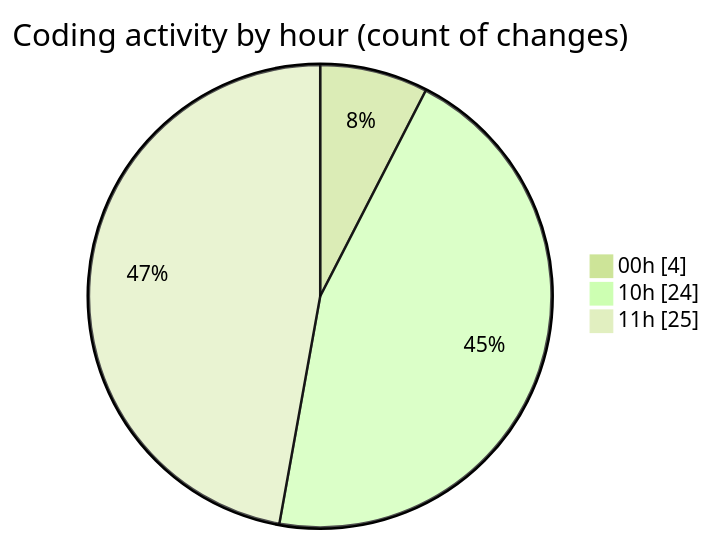
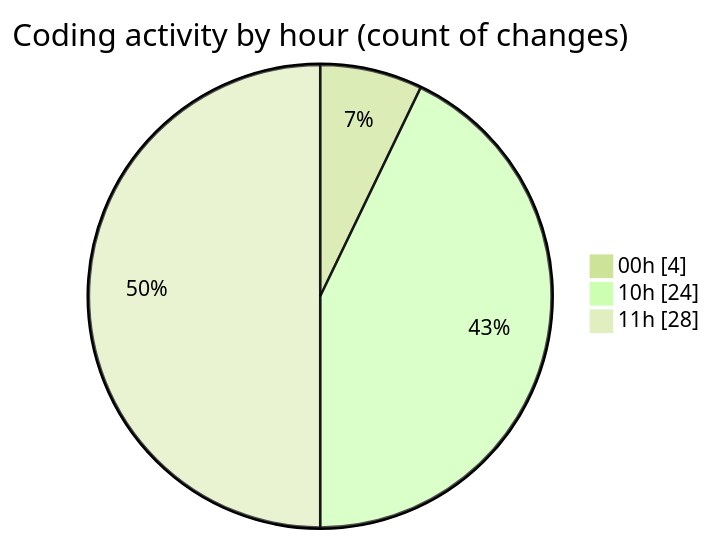
Before and after one commit to Netris89/code-tracking: the second of 2 diagrams in 2025-04-04/back-end/README.md, drawn with Mermaid (forest theme). The commit also changed other lines of this file and 1 other file, not shown here.

````diff
--- a/2025-04-04/back-end/README.md
+++ b/2025-04-04/back-end/README.md
@@ -35,7 +35,7 @@
 ```mermaid
 pie showData
 title Coding activity by hour (count of changes)
 "00h" : 4
 "10h" : 24
-"11h" : 25
+"11h" : 28
 ```
````
